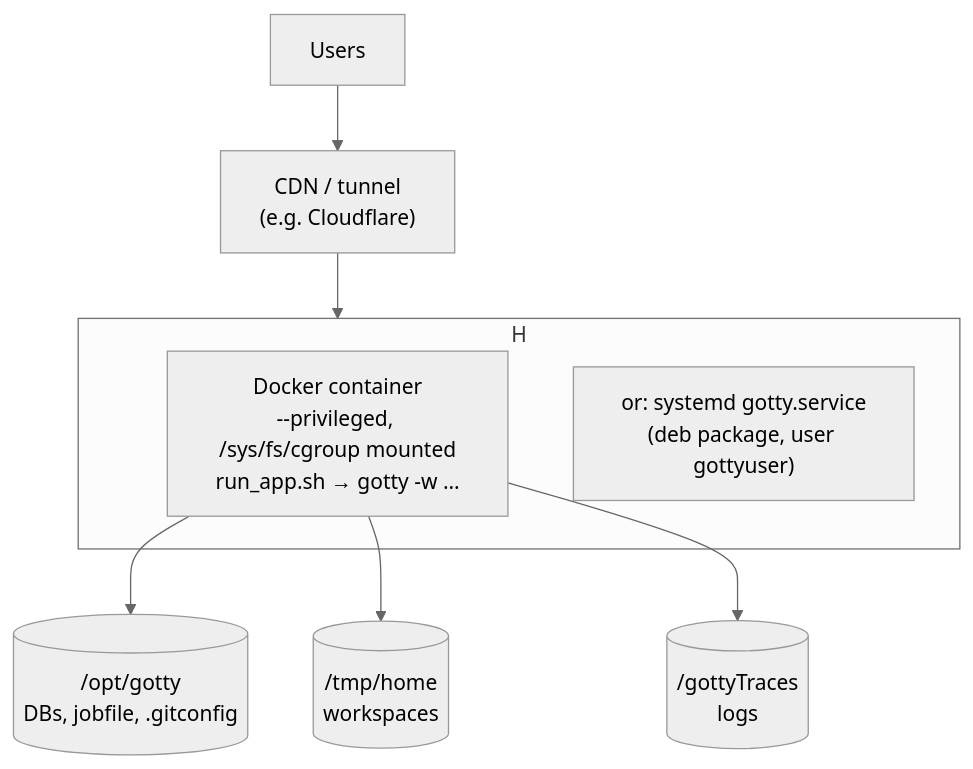
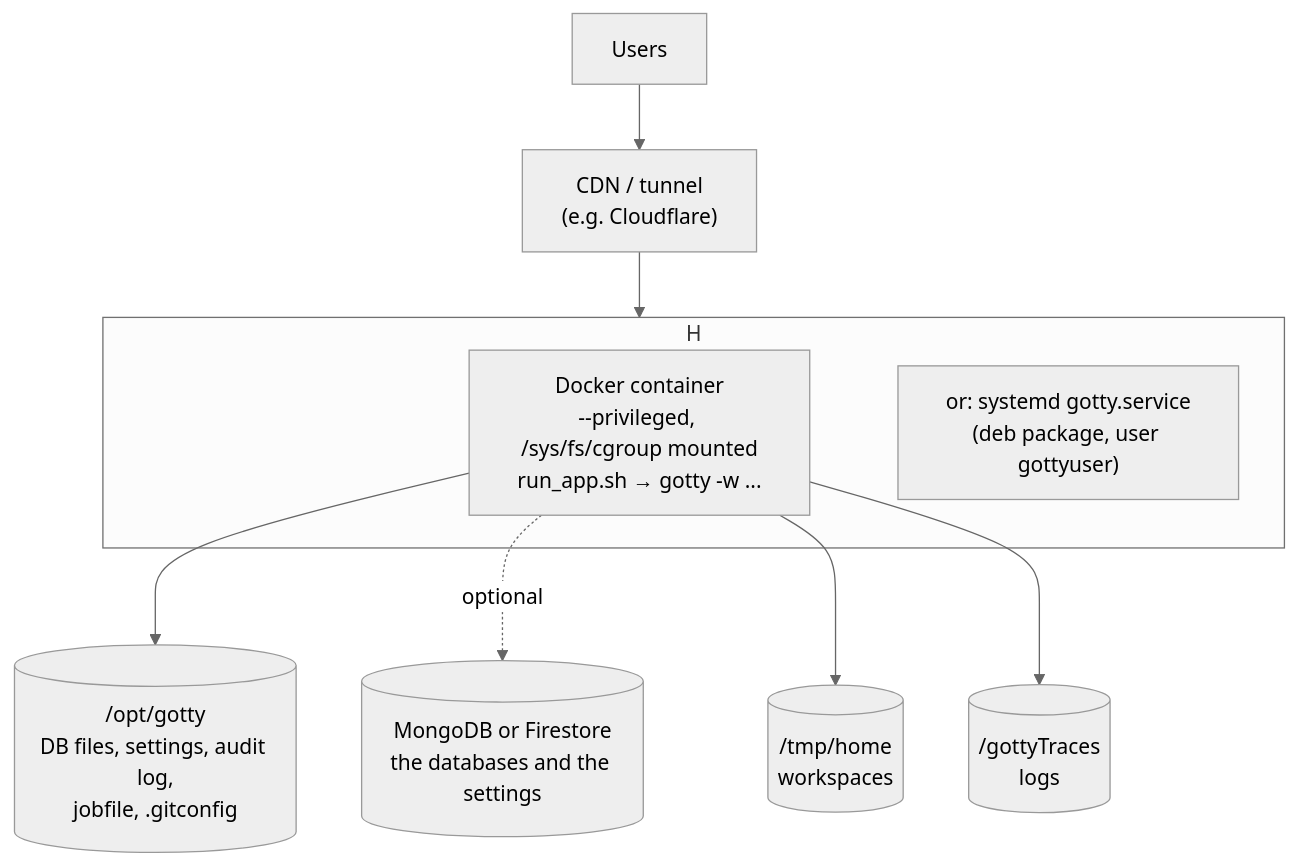
The fourth of 4 diagrams in README.md (vickeykumar/openrepl), drawn with Mermaid (neutral theme) before and after one commit. The commit also changed other lines of this file and 1 other file, not shown here.

First line of the commit message:
README: the database design, and a diagram of distributed mode

````diff
--- a/README.md
+++ b/README.md
@@ -501,12 +614,13 @@
 ```mermaid
 flowchart TB
     U["Users"] --> CF["CDN / tunnel<br/>(e.g. Cloudflare)"]
     CF --> H["Linux VM (cgroup v1 host)"]
     subgraph H
         D["Docker container<br/>--privileged, /sys/fs/cgroup mounted<br/>run_app.sh → gotty -w ..."]
         S["or: systemd gotty.service<br/>(deb package, user gottyuser)"]
     end
-    D --> V1[("/opt/gotty<br/>DBs, jobfile, .gitconfig")]
+    D --> V1[("/opt/gotty<br/>DB files, settings, audit log,<br/>jobfile, .gitconfig")]
+    D -. "optional" .-> M[("MongoDB or Firestore<br/>the databases and the settings")]
     D --> V2[("/tmp/home<br/>workspaces")]
     D --> V3[("/gottyTraces<br/>logs")]
 ```
````
